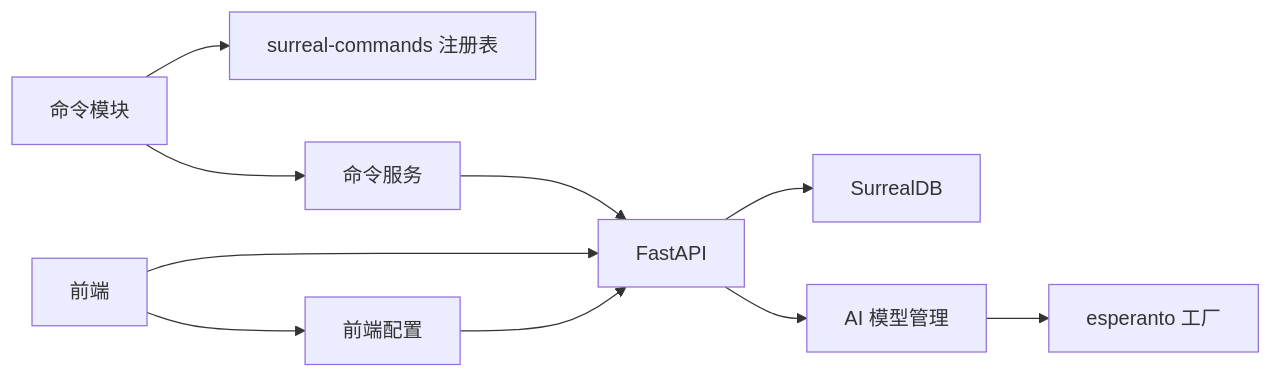
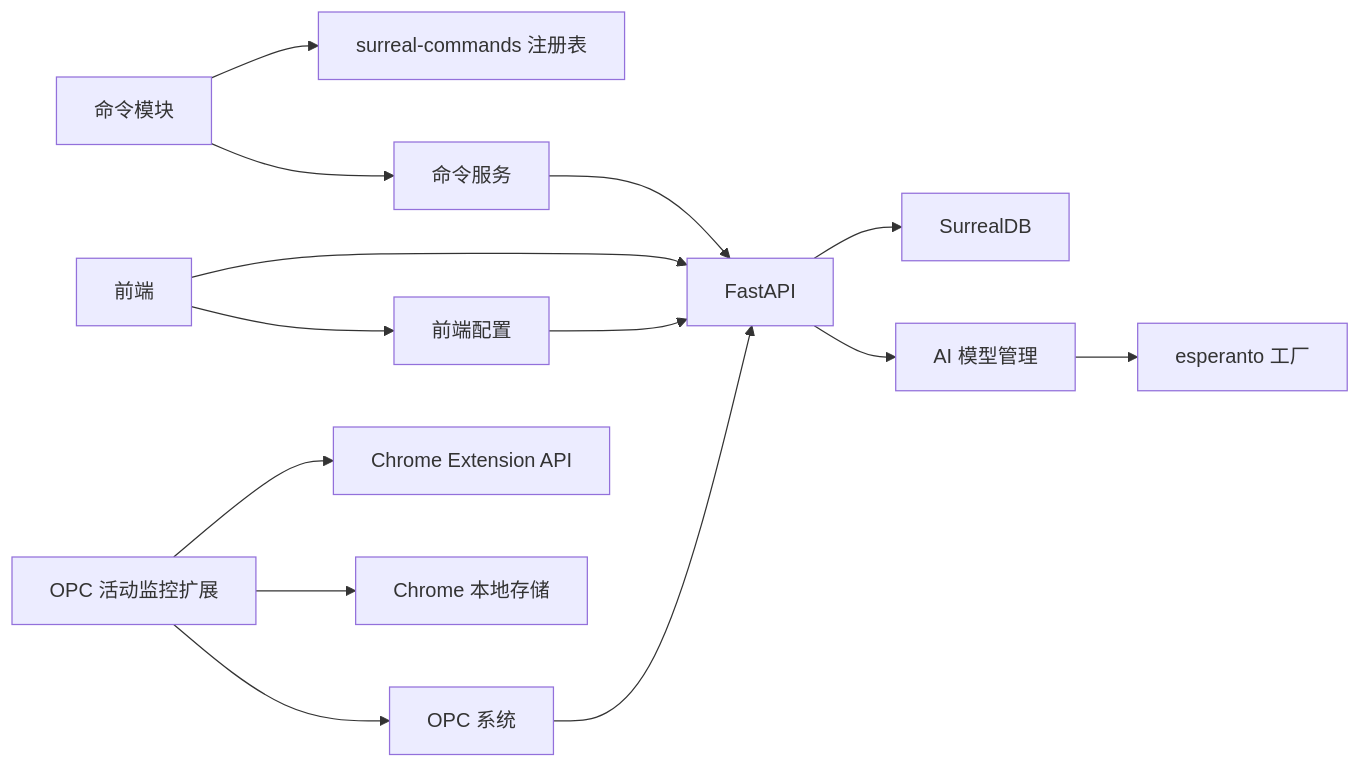
Before and after one commit to jackeyunjie/open-notebook: the seventh of 7 diagrams in .qoder/repowiki/zh/content/扩展与定制/扩展与定制.md, drawn with Mermaid. The commit also changed other lines of this file and 51 other files, not shown here.

````diff
--- a/.qoder/repowiki/zh/content/扩展与定制/扩展与定制.md
+++ b/.qoder/repowiki/zh/content/扩展与定制/扩展与定制.md
@@ -257,12 +425,16 @@
 ```mermaid
 graph LR
 CMD["命令模块"] --> REG["surreal-commands 注册表"]
 CMD --> SVC["命令服务"]
 SVC --> API["FastAPI"]
 API --> DB["SurrealDB"]
 API --> AI["AI 模型管理"]
 AI --> ESP["esperanto 工厂"]
 FE["前端"] --> API
 FE --> CFG["前端配置"]
 CFG --> API
+EXT["OPC 活动监控扩展"] --> CHROME["Chrome Extension API"]
+EXT --> LOCAL["Chrome 本地存储"]
+EXT --> OPC["OPC 系统"]
+OPC --> API
 ```
````
